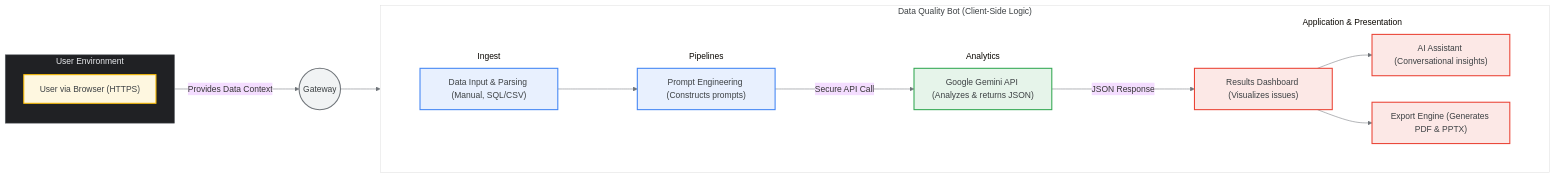
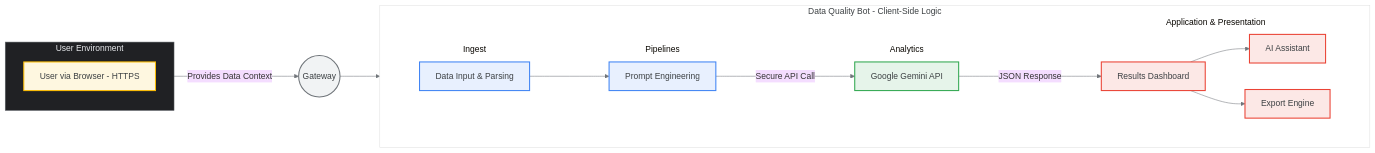
The first of 2 diagrams in README.md (chtsalvishal/DQ_Gen_AI_Bot), drawn with Mermaid before and after one commit. The commit also changed other lines of this file, not shown here.

First line of the commit message:
feat: Improve README diagram for clarity

````diff
--- a/README.md
+++ b/README.md
@@ -24,65 +24,65 @@
 ```mermaid
 %%{
   init: {
     "theme": "base",
     "themeVariables": {
       "fontFamily": "\"Roboto\", sans-serif",
       "lineColor": "#70757A",
       "textColor": "#3C4043",
       "mainBkg": "#F8F9FA"
     }
   }
 }%%
 graph LR
-    subgraph user_env ["User Environment"]
+    subgraph user_env [User Environment]
         direction TB
-        A["User via Browser (HTTPS)"]:::userNode
+        A[User via Browser - HTTPS]:::userNode
     end
 
-    subgraph gateway_sub [" "]
+    subgraph gateway_sub [ ]
       B((Gateway)):::gatewayNode
     end
     
     A -- "Provides Data Context" --> B
 
-    subgraph "bot_logic" ["Data Quality Bot (Client-Side Logic)"]
+    subgraph bot_logic [Data Quality Bot - Client-Side Logic]
         direction LR
         subgraph ingest_sub [Ingest]
-            C["Data Input & Parsing (Manual, SQL/CSV)"]:::processNode
+            C[Data Input & Parsing]:::processNode
         end
         subgraph pipelines_sub [Pipelines]
-            D["Prompt Engineering (Constructs prompts)"]:::processNode
+            D[Prompt Engineering]:::processNode
         end
         subgraph analytics_sub [Analytics]
-            E["Google Gemini API (Analyzes & returns JSON)"]:::apiNode
+            E[Google Gemini API]:::apiNode
         end
-        subgraph app_sub ["Application & Presentation"]
-            F["Results Dashboard (Visualizes issues)"]:::outputNode
-            G["AI Assistant (Conversational insights)"]:::outputNode
-            H["Export Engine (Generates PDF & PPTX)"]:::outputNode
+        subgraph app_sub [Application & Presentation]
+            F[Results Dashboard]:::outputNode
+            G[AI Assistant]:::outputNode
+            H[Export Engine]:::outputNode
         end
     end
 
     B --> C
     C --> D
     D -- "Secure API Call" --> E
     E -- "JSON Response" --> F
     F --> G
     F --> H
     
     %% Style Subgraphs to create the split background effect
     style user_env fill:#202124,stroke:#5F6368,color:#E8EAED
     style gateway_sub fill:transparent,stroke:transparent
     style bot_logic fill:#FFFFFF,stroke:#E0E0E0,color:#3C4043
-    style ingest_sub fill:#FFFFFF,stroke:transparent
-    style pipelines_sub fill:#FFFFFF,stroke:transparent
-    style analytics_sub fill:#FFFFFF,stroke:transparent
-    style app_sub fill:#FFFFFF,stroke:transparent
+    style ingest_sub fill:transparent,stroke:transparent
+    style pipelines_sub fill:transparent,stroke:transparent
+    style analytics_sub fill:transparent,stroke:transparent
+    style app_sub fill:transparent,stroke:transparent
 
     %% Style Nodes for a professional, GCP-like feel
     classDef userNode fill:#FEF7E0,stroke:#FBBC05,stroke-width:2px,color:#3C4043
     classDef gatewayNode fill:#F1F3F4,stroke:#70757A,stroke-width:2px,color:#3C4043
     classDef processNode fill:#E8F0FE,stroke:#4285F4,stroke-width:2px,color:#3C4043
     classDef apiNode fill:#E6F4EA,stroke:#34A853,stroke-width:2px,color:#3C4043
     classDef outputNode fill:#FCE8E6,stroke:#EA4335,stroke-width:2px,color:#3C4043
 ```
````
